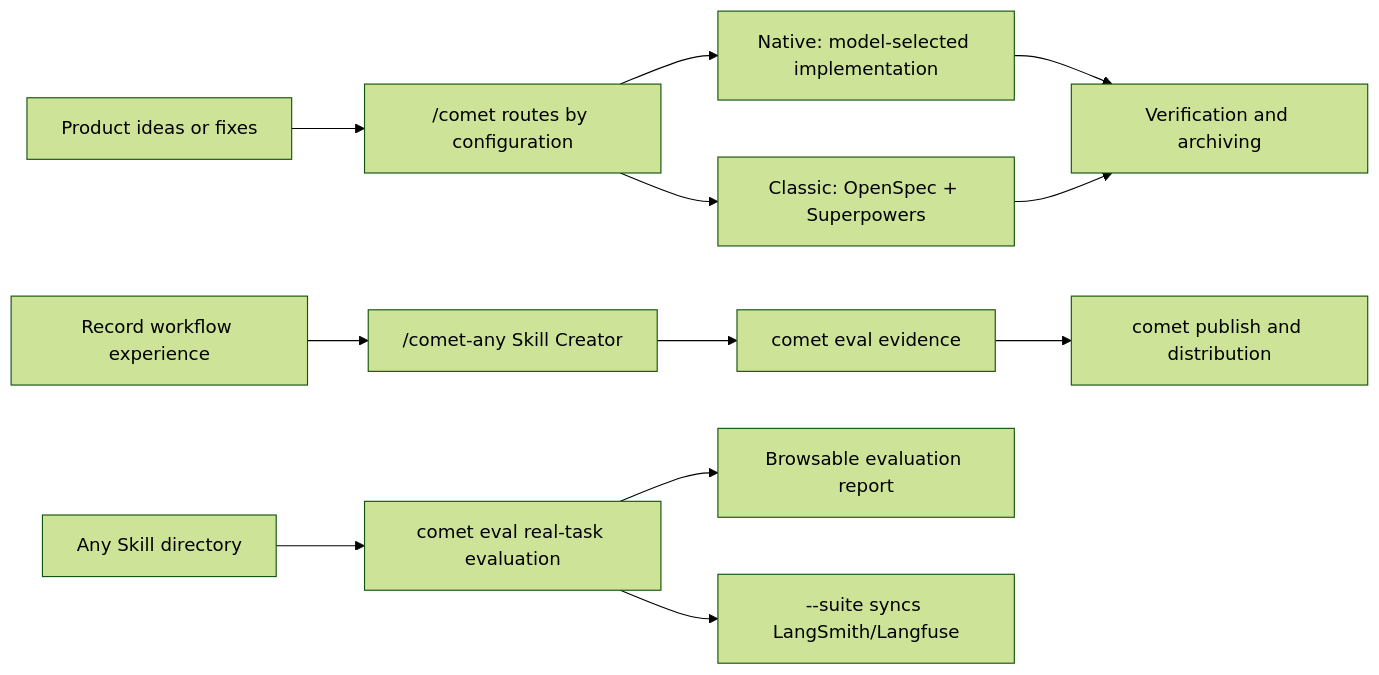
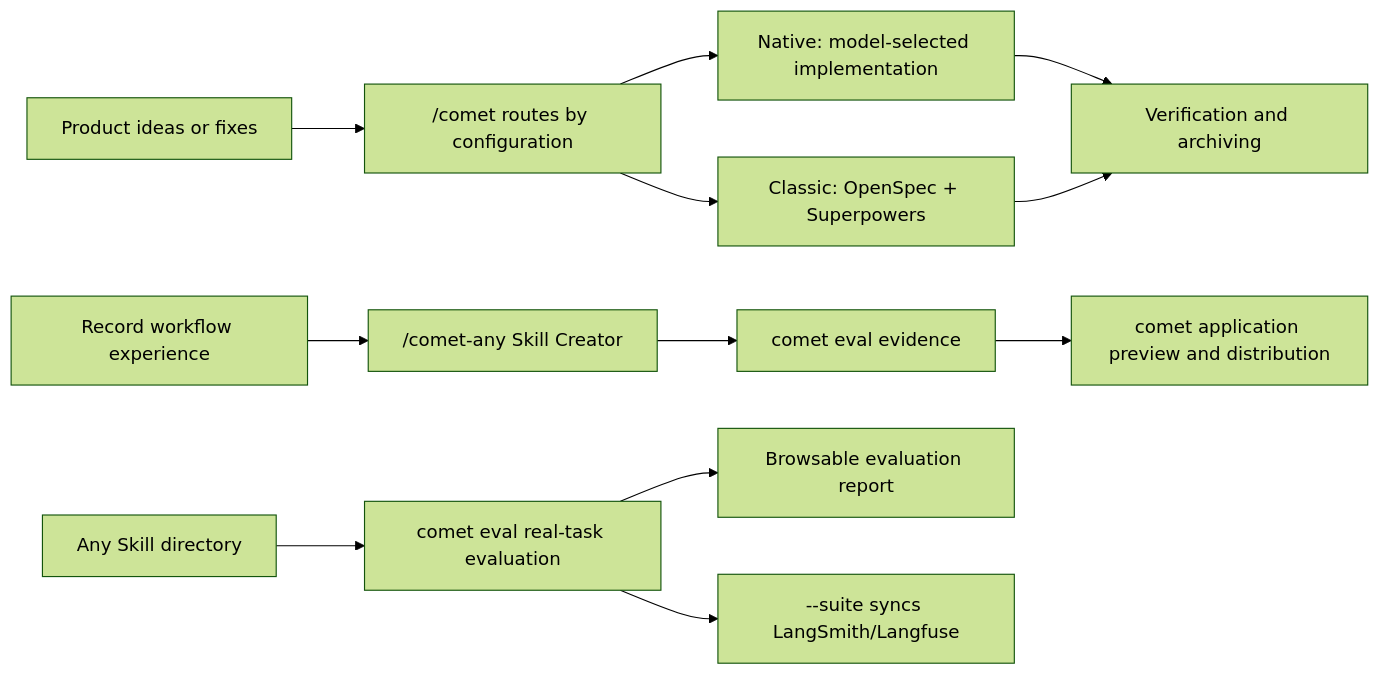
One commit to rpamis/comet-website-docs changed the diagram in en/introduction.mdx. Above: the diagram before and after it, drawn with Mermaid (forest theme). The commit also changed other lines of this file and 17 other files, not shown here.

Commit message:
docs(comet-any): polish zh docs and sync application distribute command

````diff
--- a/en/introduction.mdx
+++ b/en/introduction.mdx
@@ -32,14 +32,14 @@
 ```mermaid
 flowchart LR
   A["Product ideas or fixes"] --> B["/comet routes by configuration"]
   B --> N["Native: model-selected implementation"]
   B --> C["Classic: OpenSpec + Superpowers"]
   N --> E["Verification and archiving"]
   C --> E
   F["Record workflow experience"] --> G["/comet-any Skill Creator"]
   G --> H["comet eval evidence"]
-  H --> I["comet publish and distribution"]
+  H --> I["comet application preview and distribution"]
   J["Any Skill directory"] --> K["comet eval real-task evaluation"]
   K --> L["Browsable evaluation report"]
   K --> M["--suite syncs LangSmith/Langfuse"]
 ```
````
